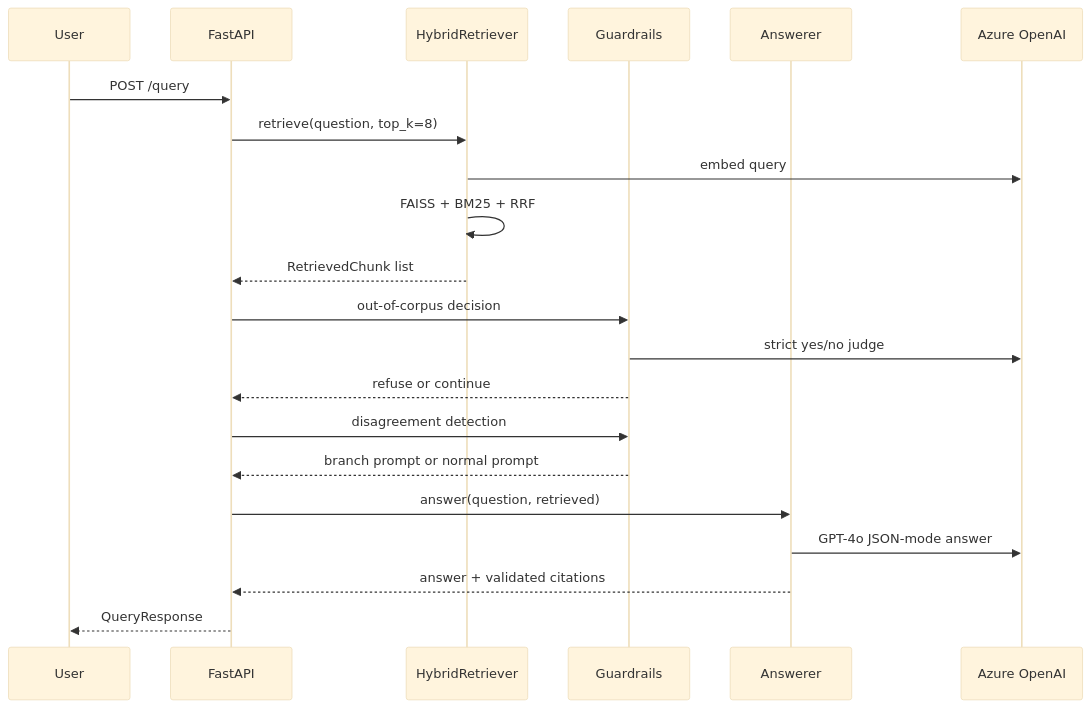
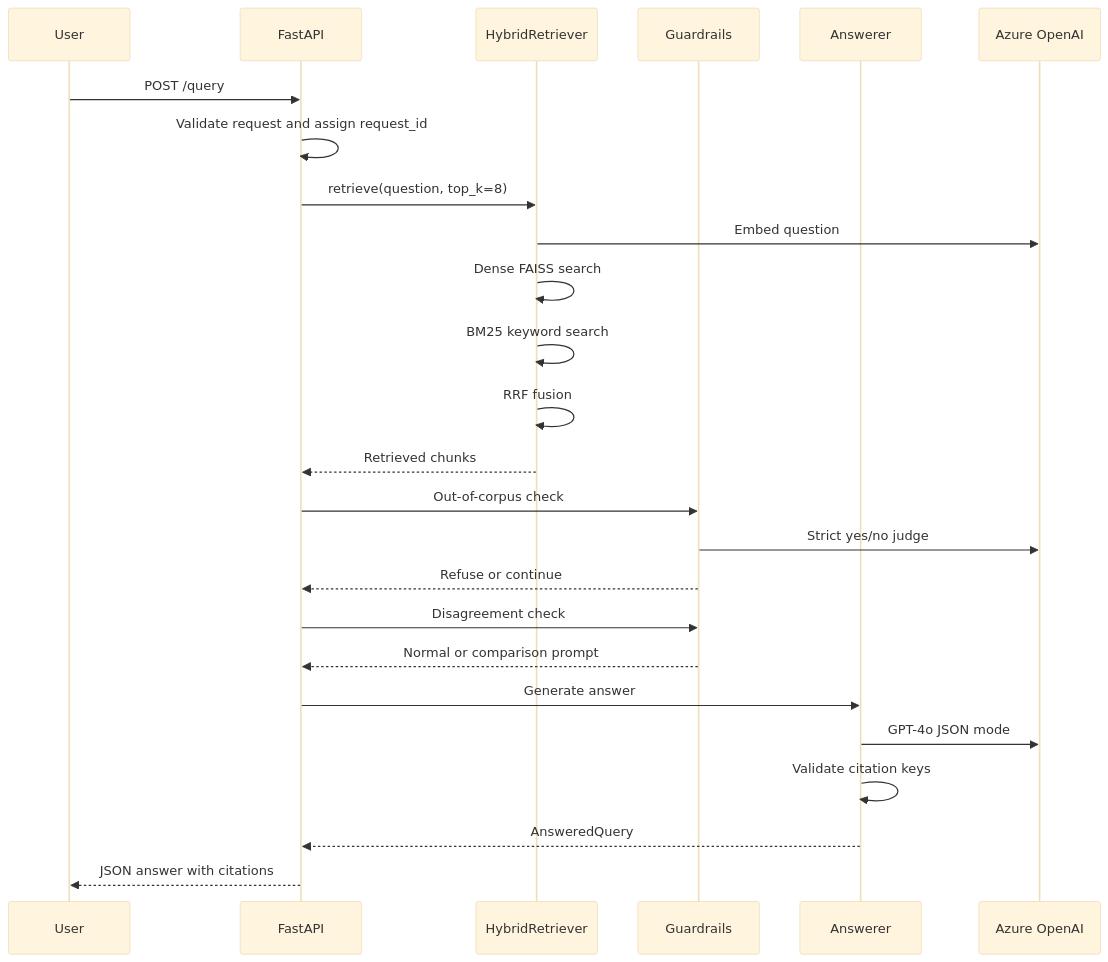
One commit to Mehulupase01/HR-Policy-RAG-FAISS-BM25-RRF-Azure-Container changed the third of 4 diagrams in README.md. Above: the diagram before and after it, drawn with Mermaid (base theme). The commit also changed other lines of this file and 11 other files, not shown here.

````diff
--- a/README.md
+++ b/README.md
@@ -94,24 +196,28 @@
 ```mermaid
 sequenceDiagram
     participant U as User
     participant API as FastAPI
     participant R as HybridRetriever
     participant G as Guardrails
     participant A as Answerer
     participant OAI as Azure OpenAI
 
     U->>API: POST /query
+    API->>API: Validate request and assign request_id
     API->>R: retrieve(question, top_k=8)
-    R->>OAI: embed query
-    R->>R: FAISS + BM25 + RRF
-    R-->>API: RetrievedChunk list
-    API->>G: out-of-corpus decision
-    G->>OAI: strict yes/no judge
-    G-->>API: refuse or continue
-    API->>G: disagreement detection
-    G-->>API: branch prompt or normal prompt
-    API->>A: answer(question, retrieved)
-    A->>OAI: GPT-4o JSON-mode answer
-    A-->>API: answer + validated citations
-    API-->>U: QueryResponse
+    R->>OAI: Embed question
+    R->>R: Dense FAISS search
+    R->>R: BM25 keyword search
+    R->>R: RRF fusion
+    R-->>API: Retrieved chunks
+    API->>G: Out-of-corpus check
+    G->>OAI: Strict yes/no judge
+    G-->>API: Refuse or continue
+    API->>G: Disagreement check
+    G-->>API: Normal or comparison prompt
+    API->>A: Generate answer
+    A->>OAI: GPT-4o JSON mode
+    A->>A: Validate citation keys
+    A-->>API: AnsweredQuery
+    API-->>U: JSON answer with citations
 ```
````
